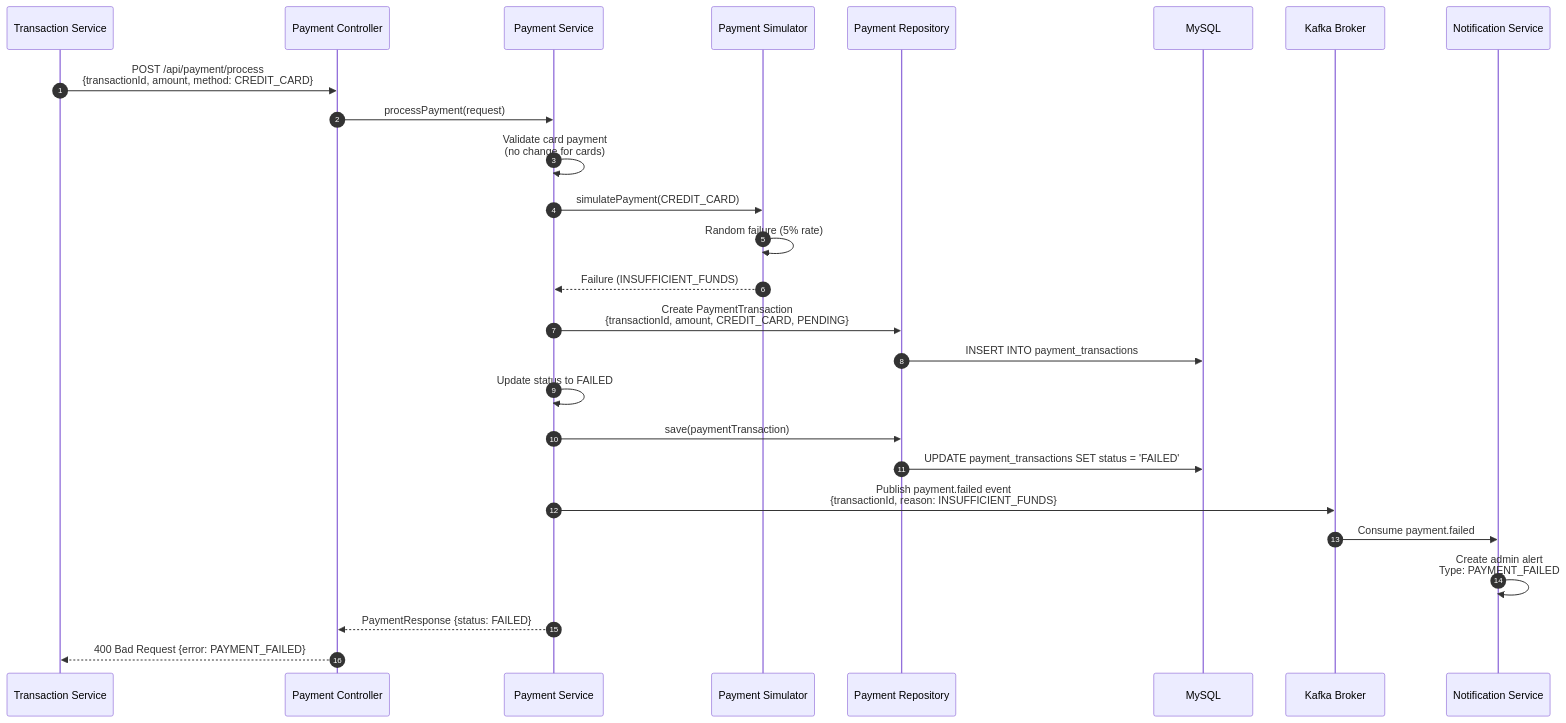
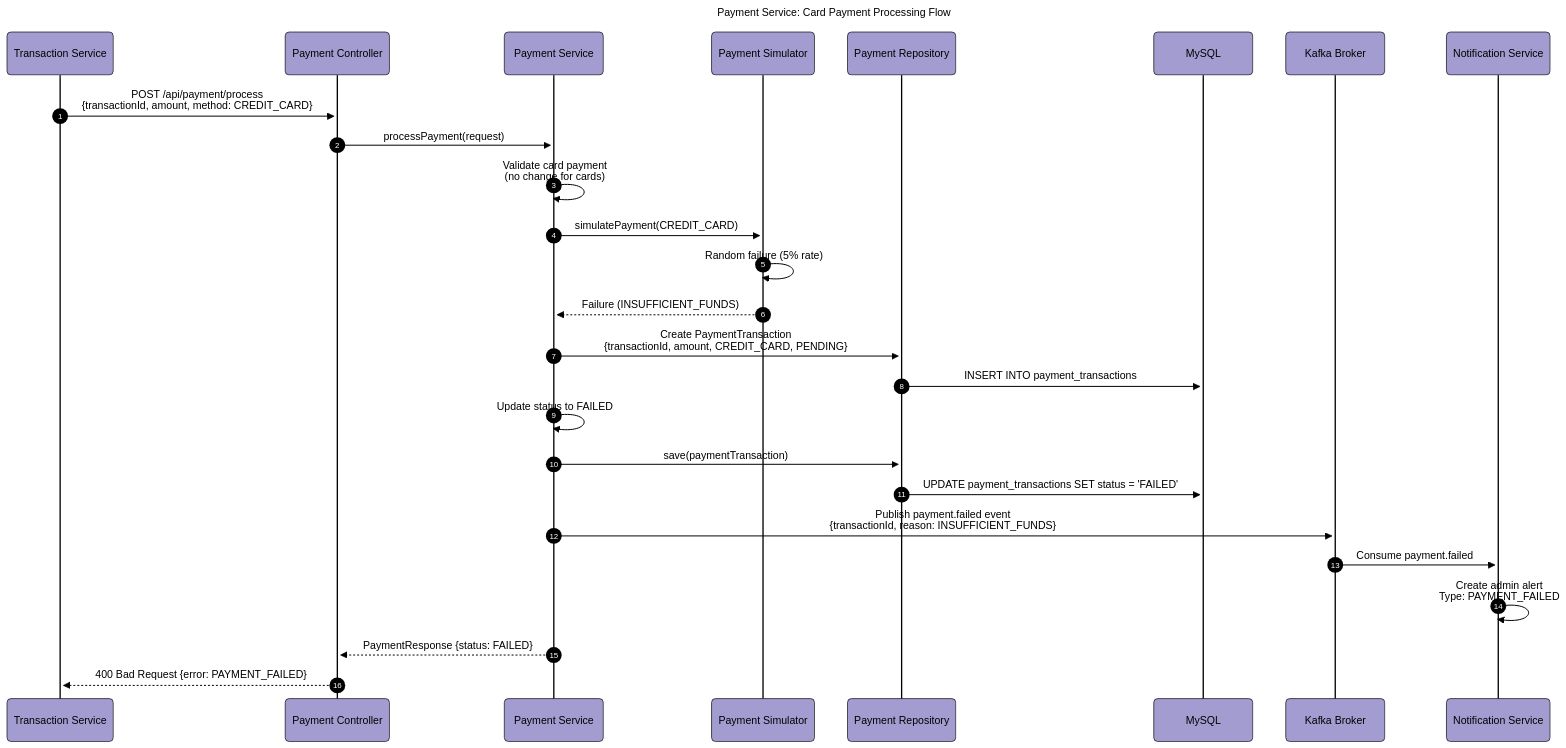
One commit to BrunoGil-AS/Vending-Machine-Microservices changed the eighth of 10 diagrams in Documentation/diagrams/payment-service.md. Above: the diagram before and after it, drawn with Mermaid. The commit also changed other lines of this file and 7 other files, not shown here.

Commit message:
docs: Update service diagrams with new configurations and titles

````diff
--- a/Documentation/diagrams/payment-service.md
+++ b/Documentation/diagrams/payment-service.md
@@ -431,36 +529,50 @@
 ```mermaid
+---
+config:
+  theme: base
+  themeVariables:
+    primaryColor: '#a39cd1ff'
+    primaryTextColor: '#000000'
+    secondaryTextColor: '#ffffffff'
+    primaryBorderColor: '#000000'
+    lineColor: '#000000ff'
+    secondaryColor: '#90b590ff'
+    tertiaryColor: '#f9f6a1ff'
+  look: neo
+title: 'Payment Service: Card Payment Processing Flow'
+---
 sequenceDiagram
     autonumber
     participant Transaction as Transaction Service
     participant Controller as Payment Controller
     participant Service as Payment Service
     participant Simulator as Payment Simulator
     participant Repo as Payment Repository
     participant DB as MySQL
     participant Kafka as Kafka Broker
     participant Notification as Notification Service
 
     Transaction->>Controller: POST /api/payment/process<br/>{transactionId, amount, method: CREDIT_CARD}
     Controller->>Service: processPayment(request)
 
     Service->>Service: Validate card payment<br/>(no change for cards)
 
     Service->>Simulator: simulatePayment(CREDIT_CARD)
     Simulator->>Simulator: Random failure (5% rate)
     Simulator-->>Service: Failure (INSUFFICIENT_FUNDS)
 
     Service->>Repo: Create PaymentTransaction<br/>{transactionId, amount, CREDIT_CARD, PENDING}
     Repo->>DB: INSERT INTO payment_transactions
 
     Service->>Service: Update status to FAILED
     Service->>Repo: save(paymentTransaction)
     Repo->>DB: UPDATE payment_transactions SET status = 'FAILED'
 
     Service->>Kafka: Publish payment.failed event<br/>{transactionId, reason: INSUFFICIENT_FUNDS}
 
     Kafka->>Notification: Consume payment.failed
     Notification->>Notification: Create admin alert<br/>Type: PAYMENT_FAILED
 
     Service-->>Controller: PaymentResponse {status: FAILED}
     Controller-->>Transaction: 400 Bad Request {error: PAYMENT_FAILED}
 ```
````
